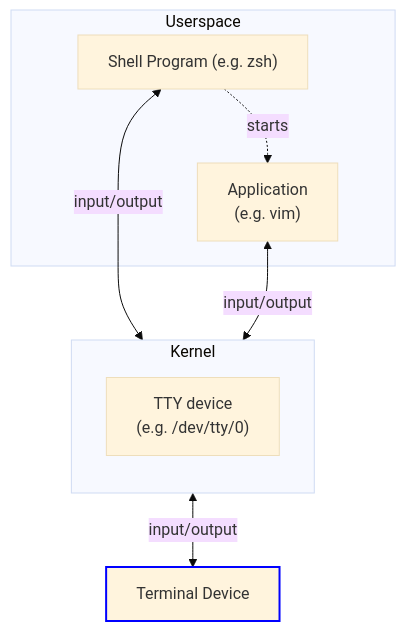
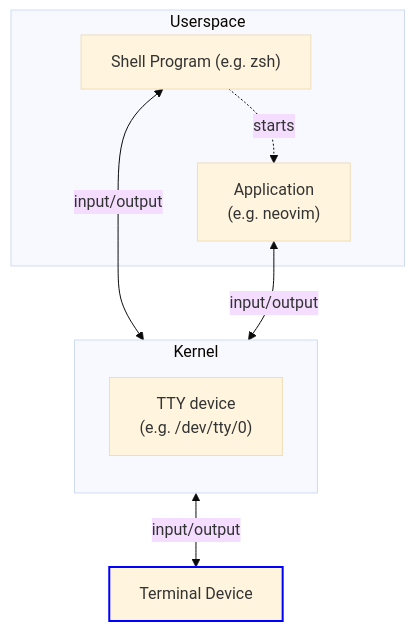
Before and after one commit to wezterm/wezterm: the second of 3 diagrams in docs/what-is-a-terminal.md, drawn with Mermaid (base theme). The commit also changed other lines of this file, not shown here.

Commit message:
docs: Fix mermaid newlines in what-is-a-terminal.md (#7195)

````diff
--- a/docs/what-is-a-terminal.md
+++ b/docs/what-is-a-terminal.md
@@ -136,16 +136,17 @@
 ```mermaid
-flowchart 
+flowchart
     subgraph Kernel
         direction TB
-        TTY["TTY device\n(e.g. /dev/tty/0)"] 
+        TTY["TTY device<br>(e.g. /dev/tty/0)"]
     end
-    
+
     subgraph Userspace
-    SHELL["Shell Program (e.g. zsh)"] <-- input/output --> TTY
-    SHELL -. "starts" .-> APP
-    APP["Application\n(e.g. vim)"] <-- input/output --> TTY
+        SHELL["Shell Program (e.g. zsh)"] <-- input/output --> TTY
+        SHELL -. "starts" .-> APP
+        APP["Application<br>(e.g. neovim)"] <-- input/output --> TTY
+    end
 
-    end
     TTY  <-- input/output -->  TE["Terminal Device"]:::td
+
     classDef td stroke:#00F,stroke-width:2px
 ```
````
